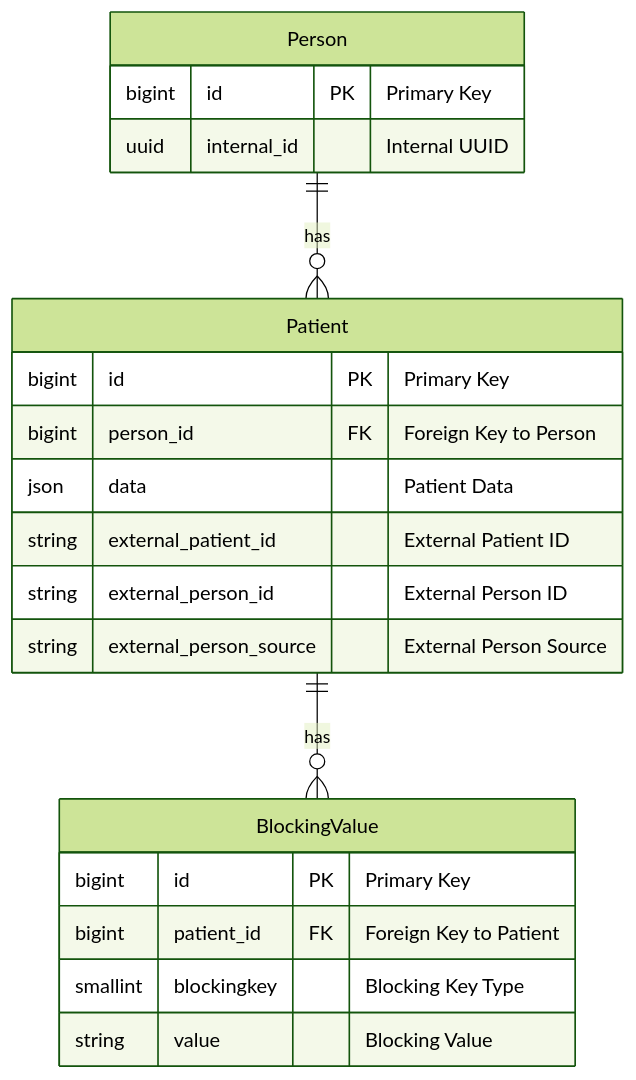
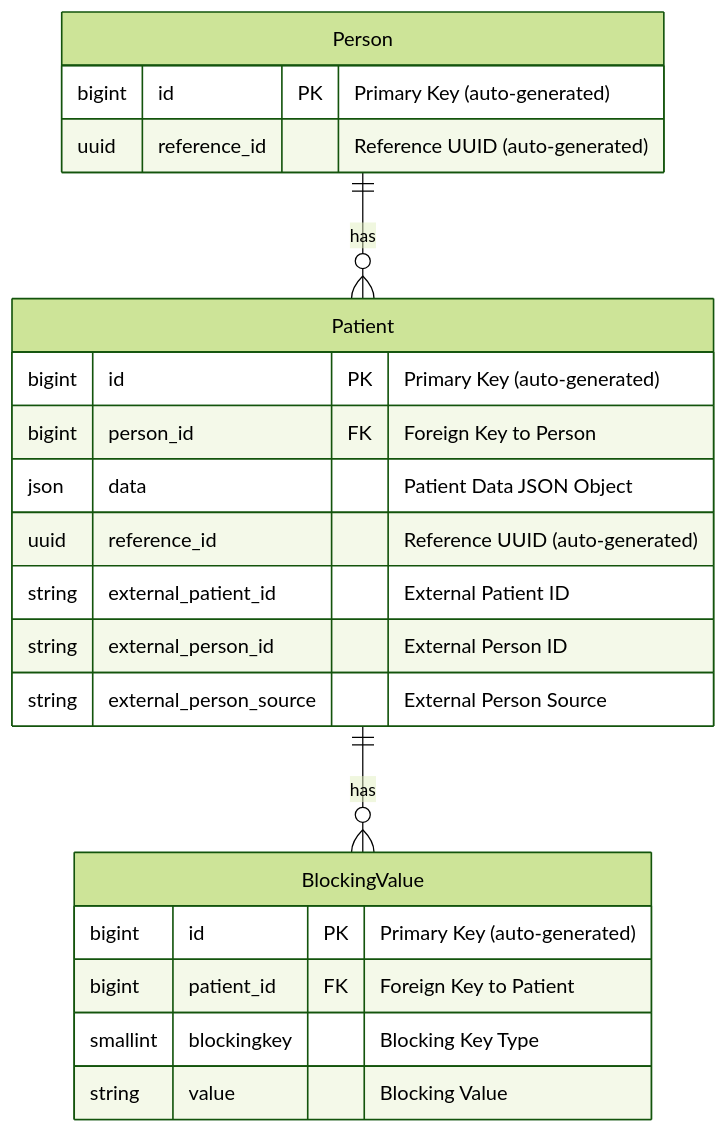
The diagram in docs/mpi-design.md (CDCgov/RecordLinker), drawn with Mermaid (forest theme) before and after one commit.

Commit message:
updating mpi design erd

````diff
--- a/docs/mpi-design.md
+++ b/docs/mpi-design.md
@@ -25,26 +25,27 @@
 ```mermaid
 erDiagram
     Person {
-        bigint id PK "Primary Key"
-        uuid internal_id "Internal UUID"
+        bigint id PK "Primary Key (auto-generated)"
+        uuid reference_id "Reference UUID (auto-generated)"
     }
 
     Patient {
-        bigint id PK "Primary Key"
+        bigint id PK "Primary Key (auto-generated)"
         bigint person_id FK "Foreign Key to Person"
-        json data "Patient Data"
+        json data "Patient Data JSON Object"
+        uuid reference_id "Reference UUID (auto-generated)"
         string external_patient_id "External Patient ID"
         string external_person_id "External Person ID"
         string external_person_source "External Person Source"
     }
 
     BlockingValue {
-        bigint id PK "Primary Key"
+        bigint id PK "Primary Key (auto-generated)"
         bigint patient_id FK "Foreign Key to Patient"
         smallint blockingkey "Blocking Key Type"
         string value "Blocking Value"
     }
 
     Person ||--o{ Patient : "has"
     Patient ||--o{ BlockingValue : "has"
 ```
````
